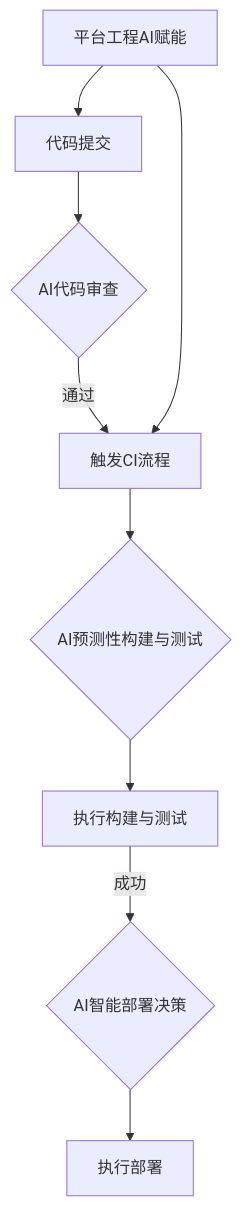
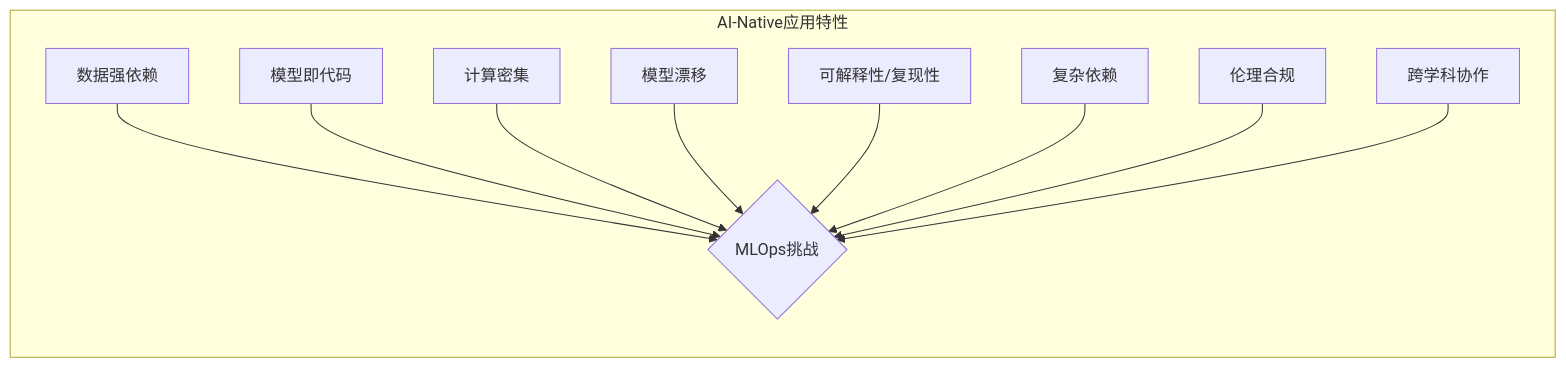
The third of 4 diagrams in EXPLORE_DEVOPS/result_ppt/DevOps_AI_Report_Simplified_Slides.md (ethan-jiang-1/ai_study_devops), drawn with Mermaid before and after one commit. The commit also changed other lines of this file, not shown here.

````diff
--- a/EXPLORE_DEVOPS/result_ppt/DevOps_AI_Report_Simplified_Slides.md
+++ b/EXPLORE_DEVOPS/result_ppt/DevOps_AI_Report_Simplified_Slides.md
@@ -109,11 +114,13 @@
 ```mermaid
-graph TD
-    A[代码提交] --> B{AI代码审查};
-    B -- 通过 --> C[触发CI流程];
-    C --> E{AI预测性构建与测试};
-    E --> F[执行构建与测试];
-    F -- 成功 --> G{AI智能部署决策};
-    G --> I[执行部署];
-    J[AI流水线监控与优化] --> C;
-    J[平台工程AI赋能] --> A;
+graph LR
+    subgraph AI-Native应用特性
+        A[数据强依赖] --> X{MLOps挑战};
+        B[模型即代码] --> X;
+        C[计算密集] --> X;
+        D[模型漂移] --> X;
+        E[可解释性/复现性] --> X;
+        F[复杂依赖] --> X;
+        G[伦理合规] --> X;
+        H[跨学科协作] --> X;
+    end
 ```
````
